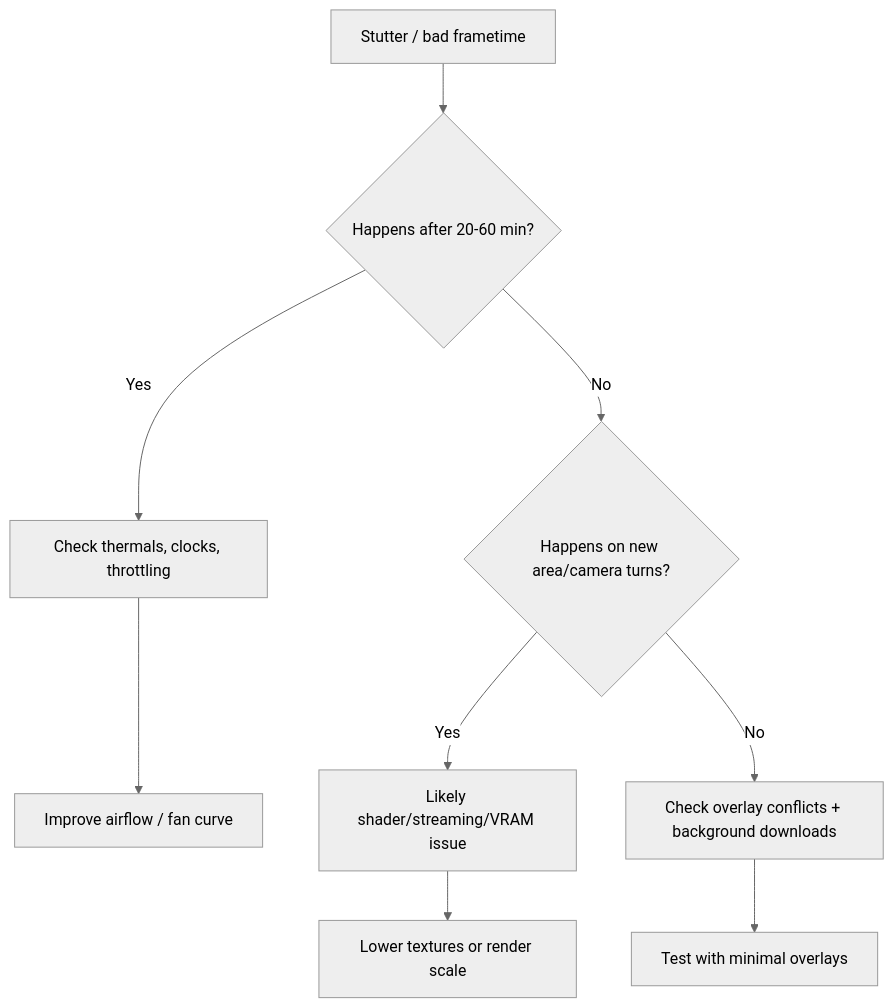
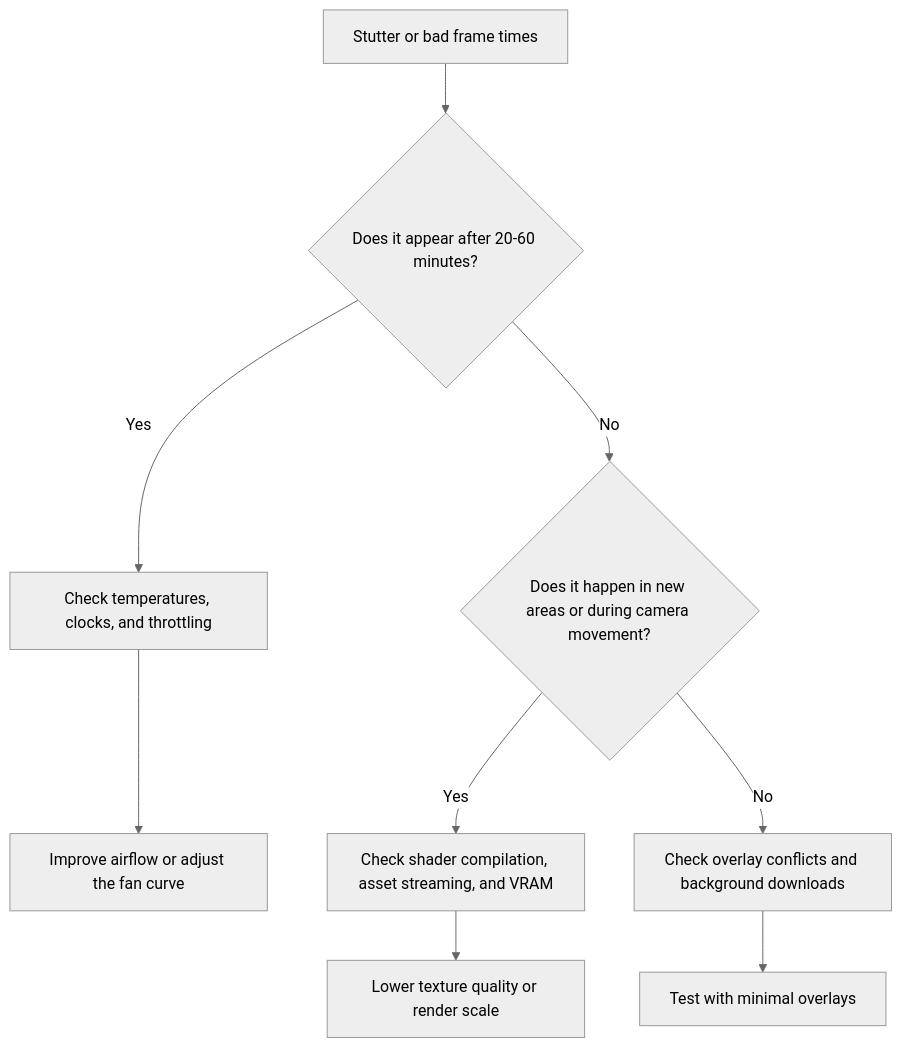
Before and after one commit to h4zvenn/gaming-pc-guide: the second of 5 diagrams in docs/15-troubleshooting-decision-trees.md, drawn with Mermaid (neutral theme). The commit also changed other lines of this file, not shown here.

````diff
--- a/docs/15-troubleshooting-decision-trees.md
+++ b/docs/15-troubleshooting-decision-trees.md
@@ -55,11 +53,11 @@
 ```mermaid
 flowchart TD
-    A[Stutter / bad frametime] --> B{Happens after 20-60 min?}
-    B -- Yes --> C[Check thermals, clocks, throttling]
-    C --> D[Improve airflow / fan curve]
-    B -- No --> E{Happens on new area/camera turns?}
-    E -- Yes --> F[Likely shader/streaming/VRAM issue]
-    F --> G[Lower textures or render scale]
-    E -- No --> H[Check overlay conflicts + background downloads]
+    A[Stutter or bad frame times] --> B{Does it appear after 20-60 minutes?}
+    B -- Yes --> C[Check temperatures, clocks, and throttling]
+    C --> D[Improve airflow or adjust the fan curve]
+    B -- No --> E{Does it happen in new areas or during camera movement?}
+    E -- Yes --> F[Check shader compilation, asset streaming, and VRAM]
+    F --> G[Lower texture quality or render scale]
+    E -- No --> H[Check overlay conflicts and background downloads]
     H --> I[Test with minimal overlays]
 ```
````
